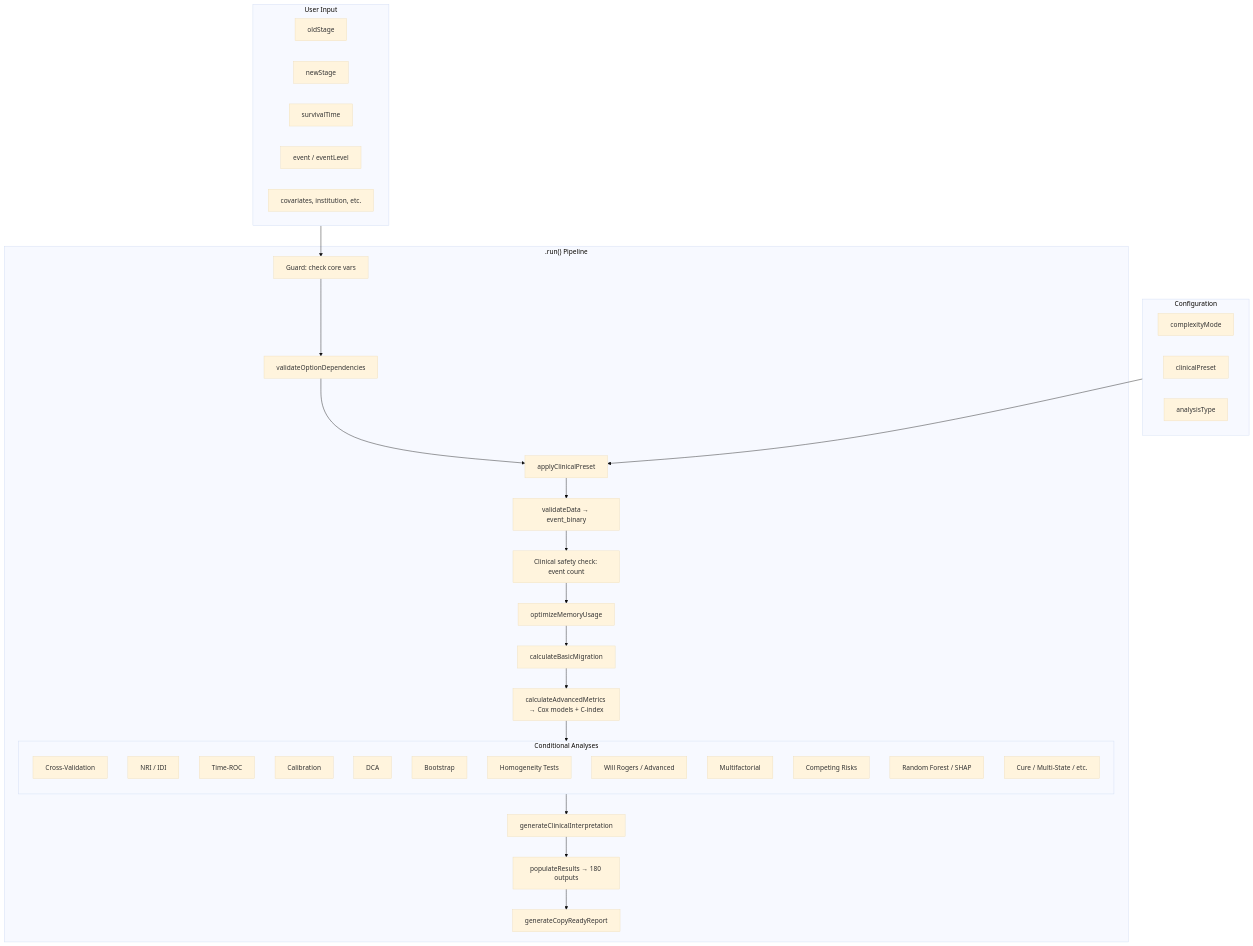
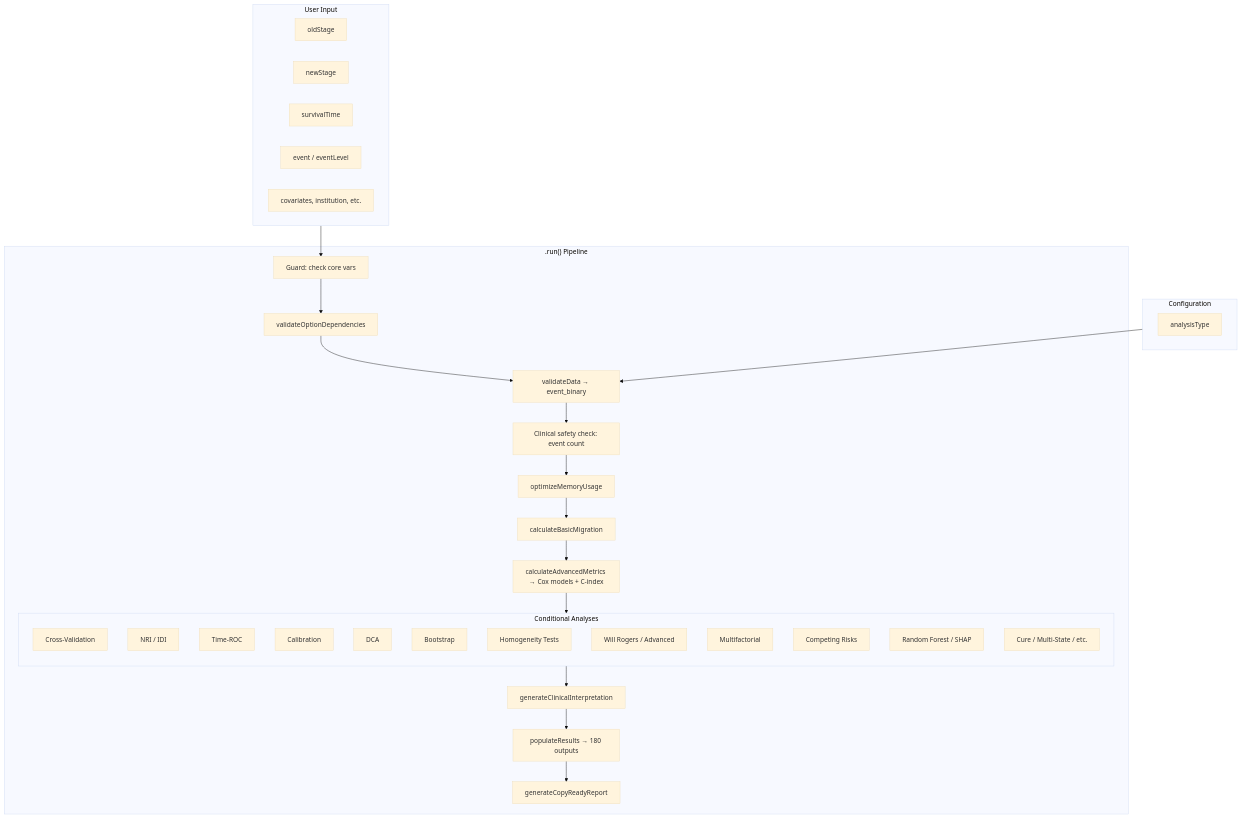
One commit to sbalci/ClinicoPathJamoviModule changed the first of 2 diagrams in vignettes/stagemigration-documentation.md. Above: the diagram before and after it, drawn with Mermaid (base theme). The commit also changed other lines of this file and 116 other files, not shown here.

````diff
--- a/vignettes/stagemigration-documentation.md
+++ b/vignettes/stagemigration-documentation.md
@@ -798,53 +790,50 @@
 ```mermaid
 flowchart TD
     subgraph Input["User Input"]
         V1[oldStage]
         V2[newStage]
         V3[survivalTime]
         V4[event / eventLevel]
         V5[covariates, institution, etc.]
     end
 
     subgraph Config["Configuration"]
-        C1[complexityMode]
-        C2[clinicalPreset]
         C3[analysisType]
     end
 
     subgraph Pipeline[".run() Pipeline"]
         P1[Guard: check core vars]
         P2[validateOptionDependencies]
-        P3[applyClinicalPreset]
         P4[validateData → event_binary]
         P5[Clinical safety check: event count]
         P6[optimizeMemoryUsage]
         P7[calculateBasicMigration]
         P8[calculateAdvancedMetrics → Cox models + C-index]
 
         subgraph Conditional["Conditional Analyses"]
             direction TB
             CA1[Cross-Validation]
             CA2[NRI / IDI]
             CA3[Time-ROC]
             CA4[Calibration]
             CA5[DCA]
             CA6[Bootstrap]
             CA7[Homogeneity Tests]
             CA8[Will Rogers / Advanced]
             CA9[Multifactorial]
             CA10[Competing Risks]
             CA11[Random Forest / SHAP]
             CA12[Cure / Multi-State / etc.]
         end
 
         P9[generateClinicalInterpretation]
         P10[populateResults → 180 outputs]
         P11[generateCopyReadyReport]
     end
 
     Input --> P1
-    Config --> P3
-    P1 --> P2 --> P3 --> P4 --> P5 --> P6 --> P7 --> P8
+    Config --> P4
+    P1 --> P2 --> P4 --> P5 --> P6 --> P7 --> P8
     P8 --> Conditional
     Conditional --> P9 --> P10 --> P11
 ```
````
